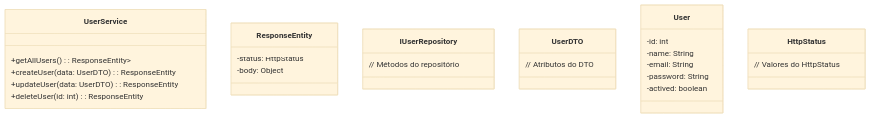
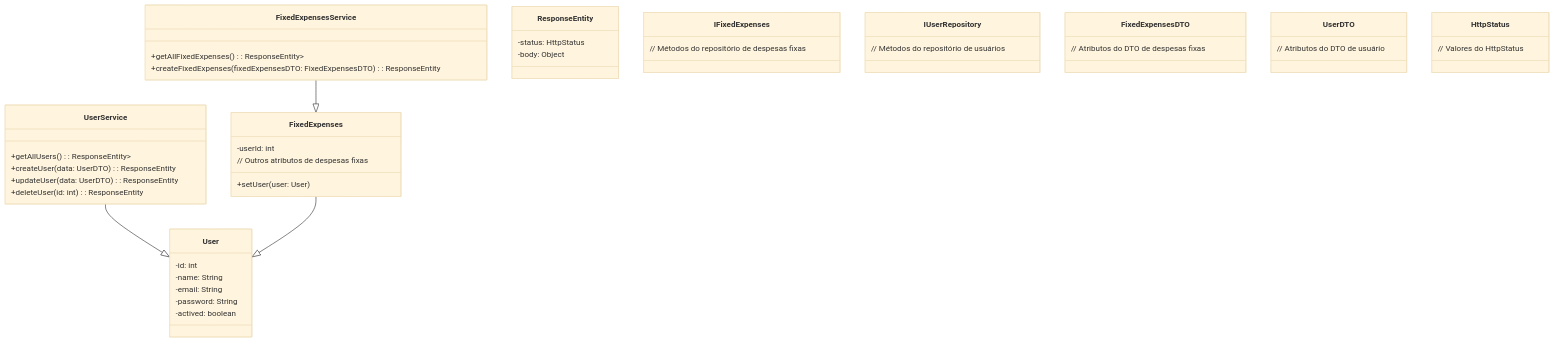
Before and after one commit to marciocarolino/budgetBuddy: the diagram in README.md, drawn with Mermaid (base theme).

Commit message:
feat: class mermaid user

````diff
--- a/README.md
+++ b/README.md
@@ -4,35 +4,57 @@
 ```mermaid
 classDiagram
     class UserService {
         +getAllUsers(): ResponseEntity<List<User>>
         +createUser(data: UserDTO): ResponseEntity
         +updateUser(data: UserDTO): ResponseEntity
         +deleteUser(id: int): ResponseEntity
     }
 
+    class FixedExpensesService {
+        +getAllFixedExpenses(): ResponseEntity<List<FixedExpenses>>
+        +createFixedExpenses(fixedExpensesDTO: FixedExpensesDTO): ResponseEntity
+    }
+
     class ResponseEntity {
         -status: HttpStatus
         -body: Object
     }
 
+    class IFixedExpenses {
+        // Métodos do repositório de despesas fixas
+    }
+
     class IUserRepository {
-        // Métodos do repositório
+        // Métodos do repositório de usuários
+    }
+
+    class FixedExpensesDTO {
+        // Atributos do DTO de despesas fixas
     }
 
     class UserDTO {
-        // Atributos do DTO
+        // Atributos do DTO de usuário
     }
 
     class User {
         -id: int
         -name: String
         -email: String
         -password: String
         -actived: boolean
     }
 
+    class FixedExpenses {
+        -userId: int
+        // Outros atributos de despesas fixas
+        +setUser(user: User)
+    }
+
     class HttpStatus {
         // Valores do HttpStatus
     }
- 
+
+    UserService --|> User
+    FixedExpensesService --|> FixedExpenses
+    FixedExpenses --|> User
 ```
````
